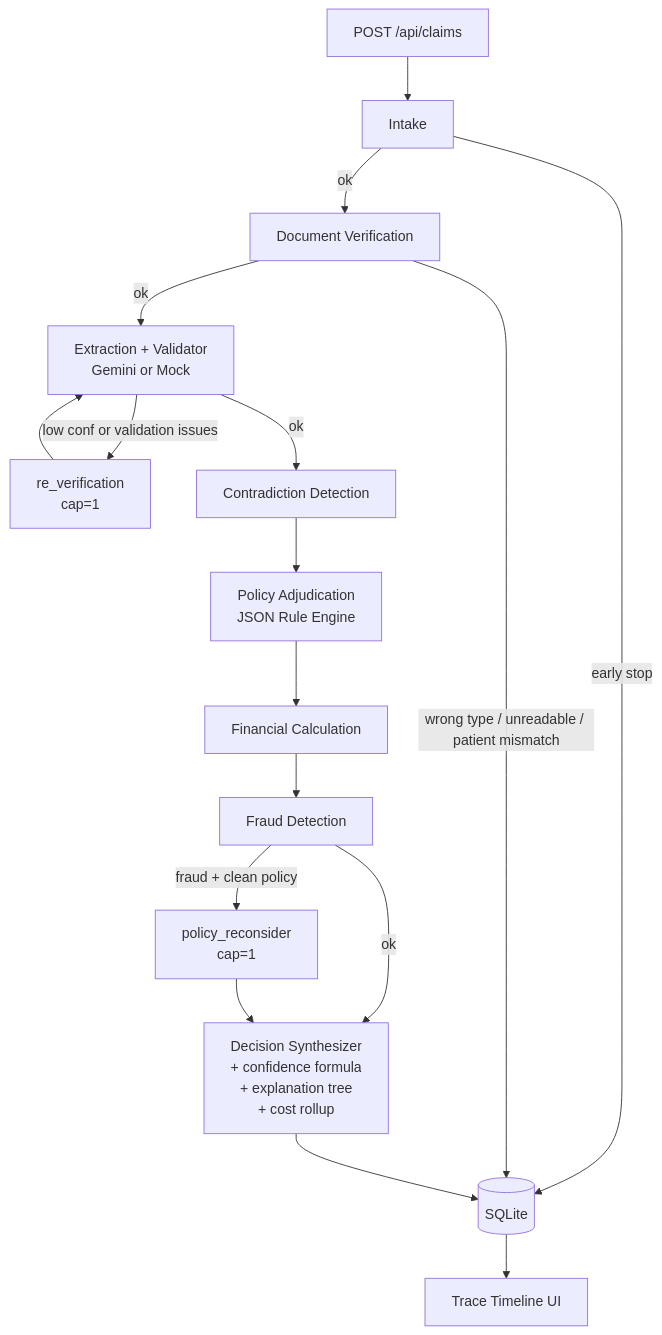
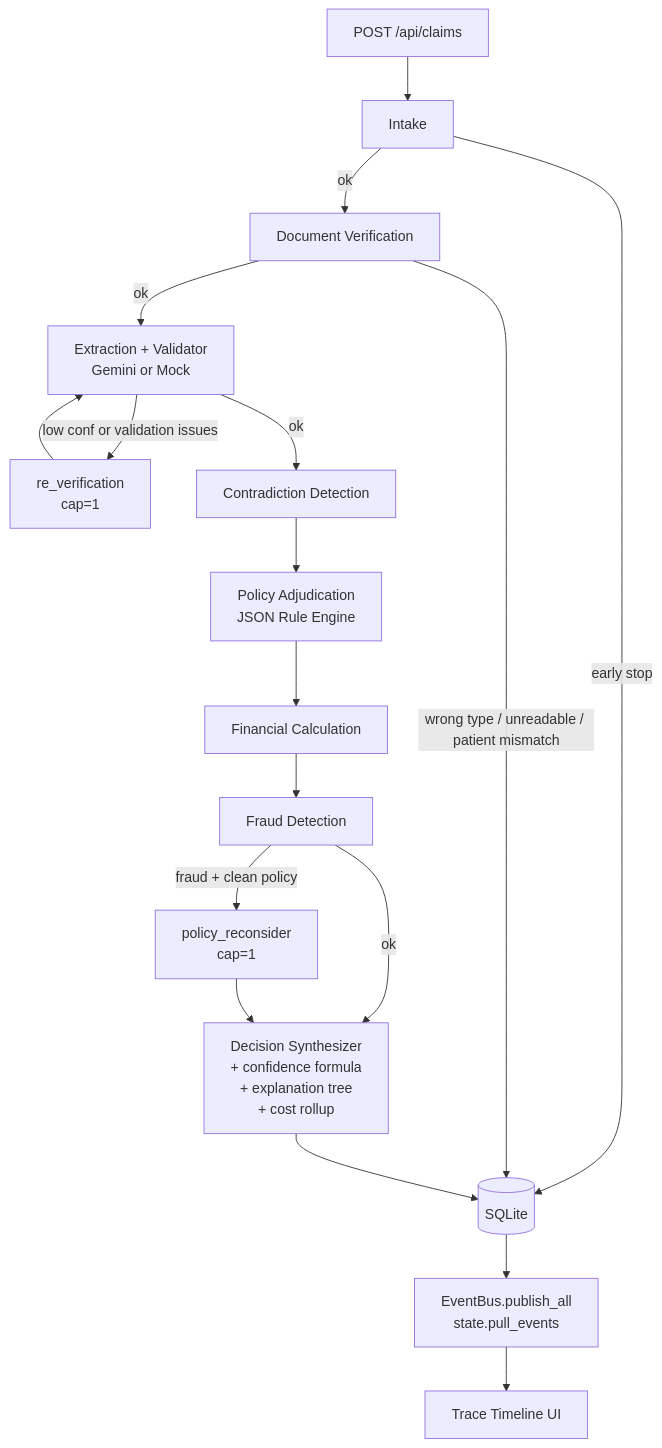
Before and after one commit to am-govind/plum-claims-pipeline: the diagram in docs/ARCHITECTURE.md, drawn with Mermaid. The commit also changed other lines of this file and 16 other files, not shown here.

````diff
--- a/docs/ARCHITECTURE.md
+++ b/docs/ARCHITECTURE.md
@@ -32,19 +60,20 @@
 ```mermaid
 flowchart TD
     Submit[POST /api/claims] --> Intake[Intake]
     Intake -->|early stop| Persist[(SQLite)]
     Intake -->|ok| Verify[Document Verification]
     Verify -->|wrong type / unreadable / patient mismatch| Persist
     Verify -->|ok| Extract[Extraction + Validator<br/>Gemini or Mock]
     Extract -->|low conf or validation issues| ReVerify[re_verification<br/>cap=1]
     Extract -->|ok| Contradict[Contradiction Detection]
     ReVerify --> Extract
     Contradict --> Policy[Policy Adjudication<br/>JSON Rule Engine]
     Policy --> Finance[Financial Calculation]
     Finance --> Fraud[Fraud Detection]
     Fraud -->|fraud + clean policy| Reconsider[policy_reconsider<br/>cap=1]
     Fraud -->|ok| Decide[Decision Synthesizer<br/>+ confidence formula<br/>+ explanation tree<br/>+ cost rollup]
     Reconsider --> Decide
     Decide --> Persist
-    Persist --> UI[Trace Timeline UI]
+    Persist --> Publish[EventBus.publish_all<br/>state.pull_events]
+    Publish --> UI[Trace Timeline UI]
 ```
````
